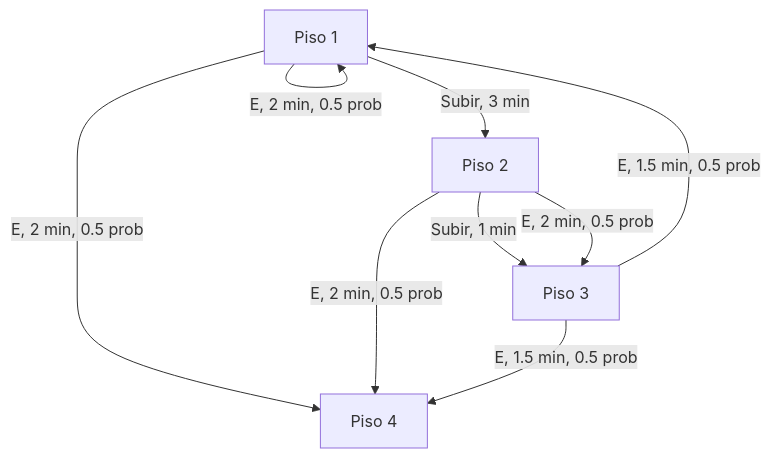
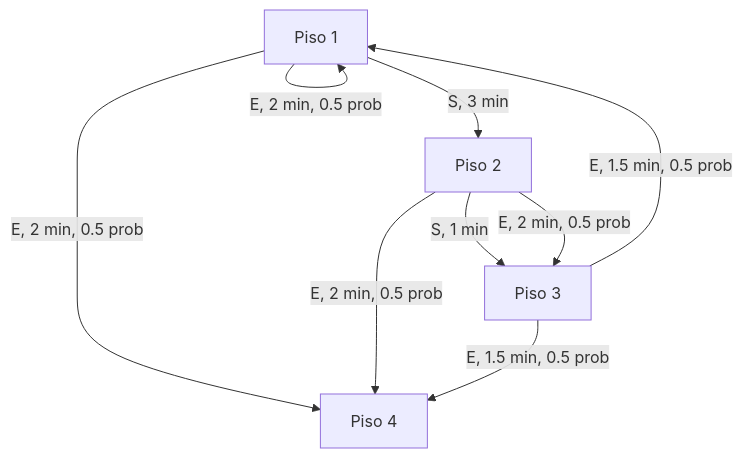
Before and after one commit to BRJoaquin/ia-obsidian: the first of 2 diagrams in Agentes inteligentes/Practico/MDP y Programación dinámica/Escaleras mágicas.md, drawn with Mermaid. The commit also changed other lines of this file, not shown here.

````diff
--- a/Agentes inteligentes/Practico/MDP y Programación dinámica/Escaleras mágicas.md
+++ b/Agentes inteligentes/Practico/MDP y Programación dinámica/Escaleras mágicas.md
@@ -4,11 +4,11 @@
 ```mermaid
 graph TD
-    A[Piso 1] -->|Subir, 3 min| B[Piso 2]
+    A[Piso 1] -->|S, 3 min| B[Piso 2]
     A -->|E, 2 min, 0.5 prob| A
     A -->|E, 2 min, 0.5 prob| D[Piso 4]
-    B -->|Subir, 1 min| C[Piso 3]
+    B -->|S, 1 min| C[Piso 3]
     B -->|E, 2 min, 0.5 prob| C
     B -->|E, 2 min, 0.5 prob| D
     C -->|E, 1.5 min, 0.5 prob| A
     C -->|E, 1.5 min, 0.5 prob| D
 ```
````
